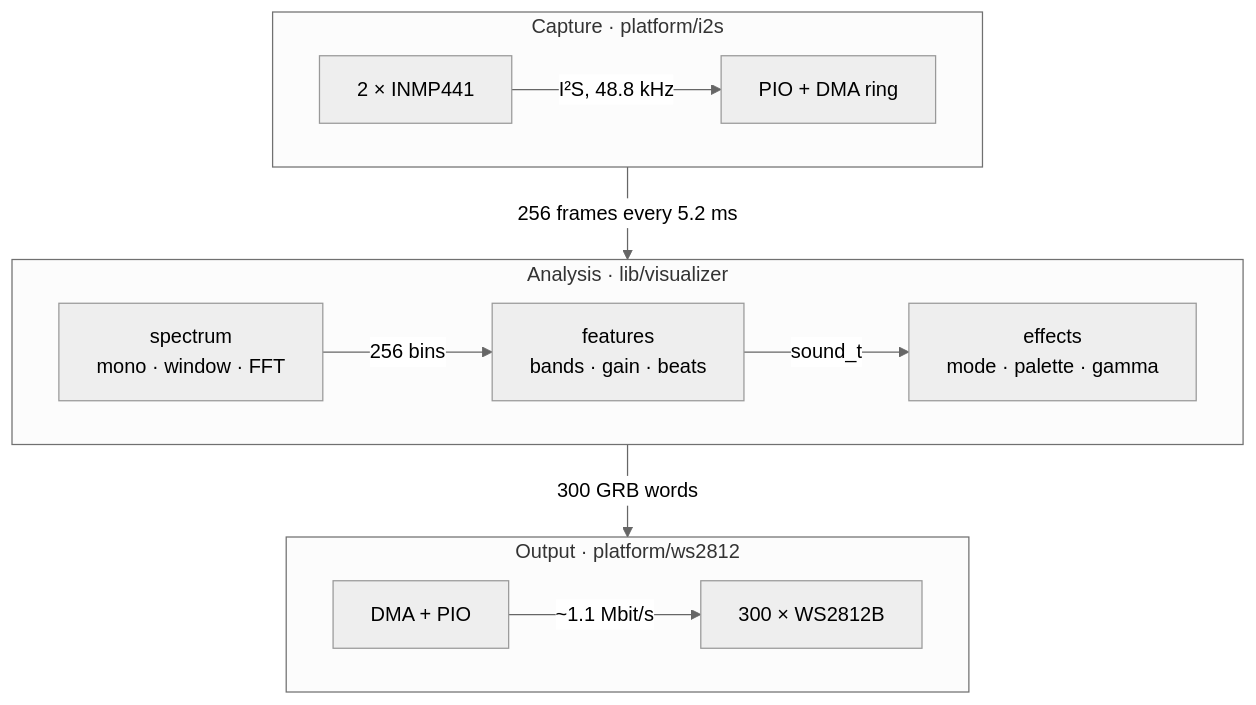
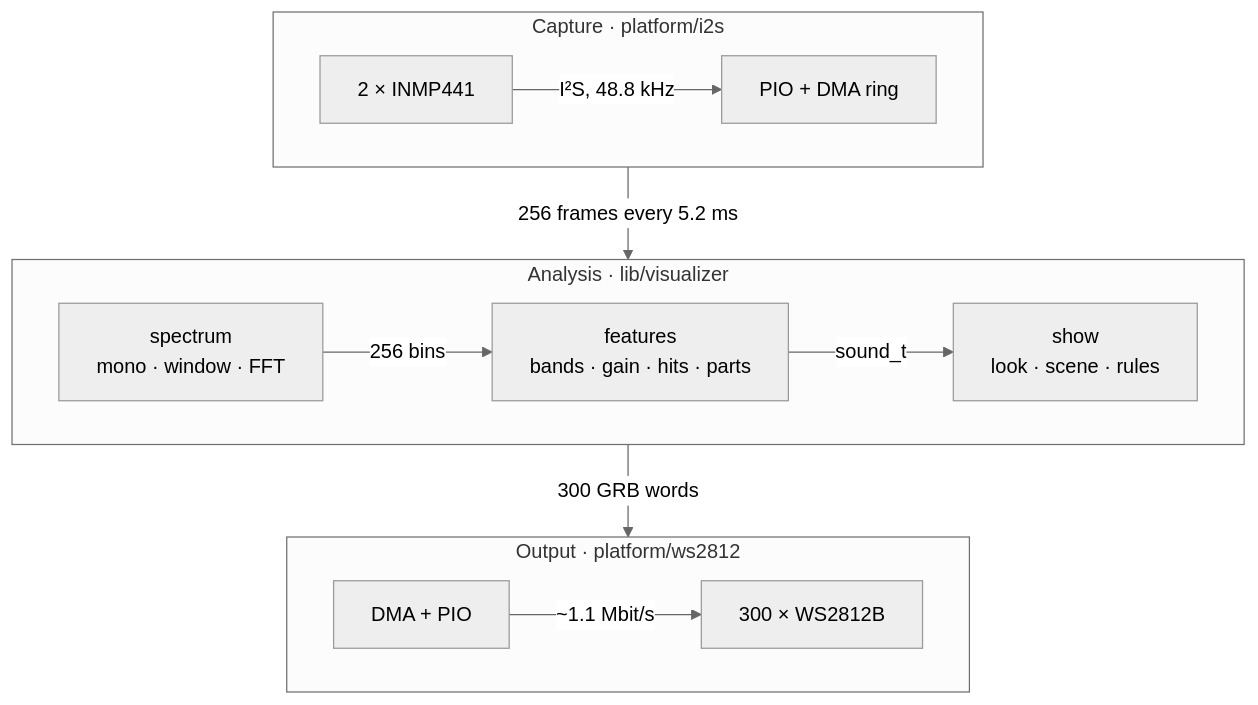
The first of 2 diagrams in README.md (whyisitworking/light-painting), drawn with Mermaid (neutral theme) before and after one commit. The commit also changed other lines of this file and 35 other files, not shown here.

````diff
--- a/README.md
+++ b/README.md
@@ -263,17 +231,17 @@
 ```mermaid
 flowchart TB
     subgraph capture ["Capture · platform/i2s"]
         direction LR
         MIC["2 × INMP441"] -- "I²S, 48.8 kHz" --> PIOI["PIO + DMA ring"]
     end
     subgraph analysis ["Analysis · lib/visualizer"]
         direction LR
-        SPECTRUM["spectrum<br/>mono · window · FFT"] -- "256 bins" --> FEAT["features<br/>bands · gain · beats"] -- "sound_t" --> FX["effects<br/>mode · palette · gamma"]
+        SPECTRUM["spectrum<br/>mono · window · FFT"] -- "256 bins" --> FEAT["features<br/>bands · gain · hits · parts"] -- "sound_t" --> FX["show<br/>look · scene · rules"]
     end
     subgraph output ["Output · platform/ws2812"]
         direction LR
         PION["DMA + PIO"] -- "~1.1 Mbit/s" --> STRIP["300 × WS2812B"]
     end
     capture -- "256 frames every 5.2 ms" --> analysis
     analysis -- "300 GRB words" --> output
 ```
````
